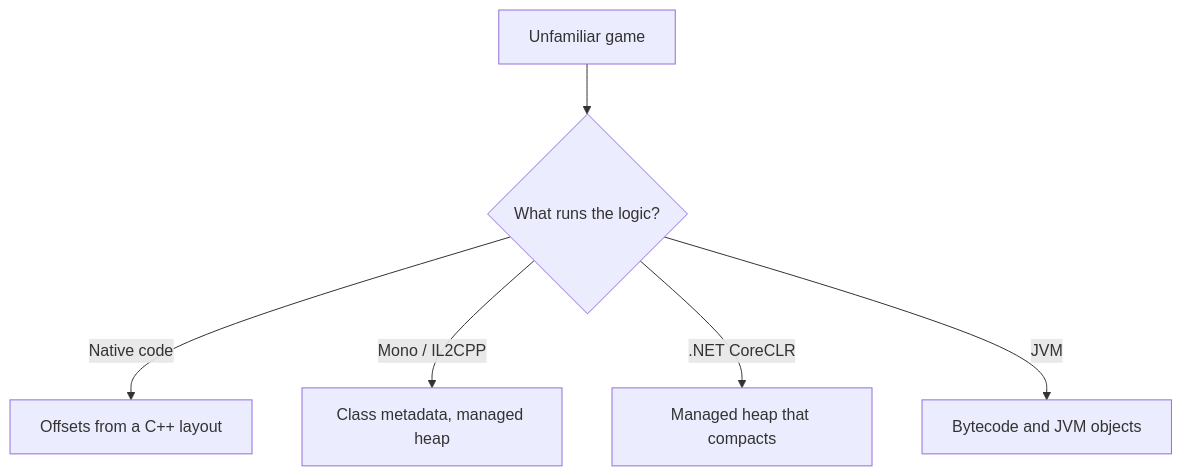
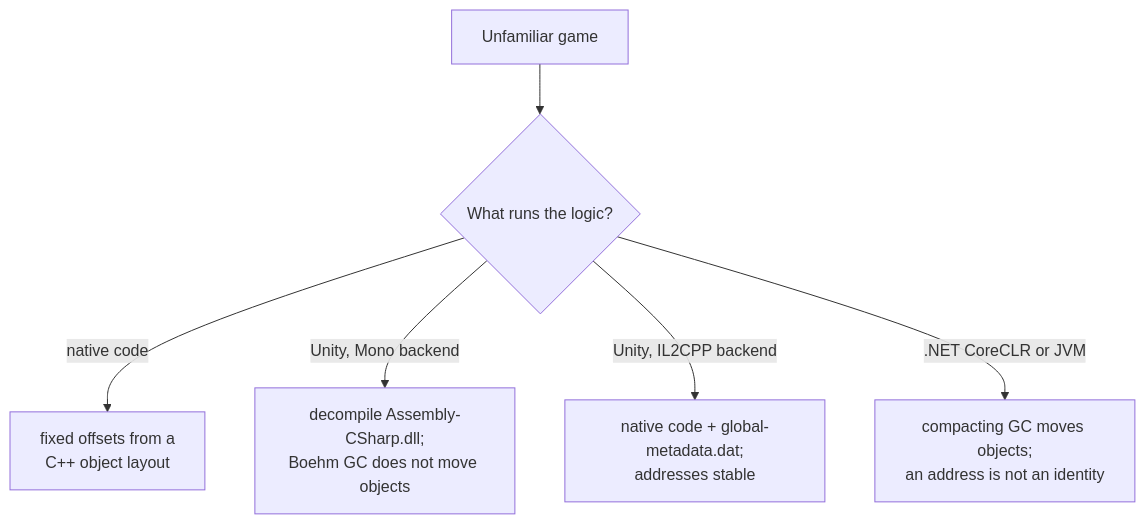
Before and after one commit to MustCodeAl/rust-game-hacking-book: the diagram in _pages/10-windows-processes-observation/09-identify-the-engine-and-runtime-first.md, drawn with Mermaid. The commit also changed other lines of this file and 52 other files, not shown here.

First line of the commit message:
Add figures and diagrams across Chapters 3 to 13

````diff
--- a/_pages/10-windows-processes-observation/09-identify-the-engine-and-runtime-first.md
+++ b/_pages/10-windows-processes-observation/09-identify-the-engine-and-runtime-first.md
@@ -31,8 +31,8 @@
 ```mermaid
 flowchart TD
-    A[Unfamiliar game] --> B{What runs the logic?}
-    B -->|Native code| C[Offsets from a C++ layout]
-    B -->|Mono / IL2CPP| D[Class metadata, managed heap]
-    B -->|.NET CoreCLR| E[Managed heap that compacts]
-    B -->|JVM| F[Bytecode and JVM objects]
+    A["Unfamiliar game"] --> B{"What runs the logic?"}
+    B -->|"native code"| C["fixed offsets from a<br/>C++ object layout"]
+    B -->|"Unity, Mono backend"| D["decompile Assembly-CSharp.dll;<br/>Boehm GC does not move objects"]
+    B -->|"Unity, IL2CPP backend"| E["native code + global-metadata.dat;<br/>addresses stable"]
+    B -->|".NET CoreCLR or JVM"| F["compacting GC moves objects;<br/>an address is not an identity"]
 ```
````
